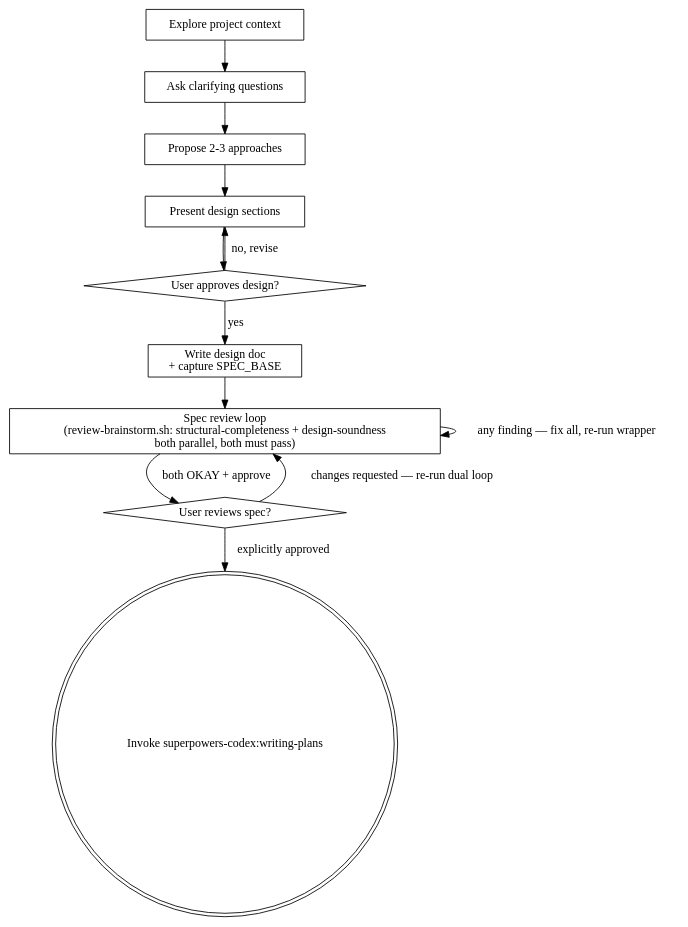
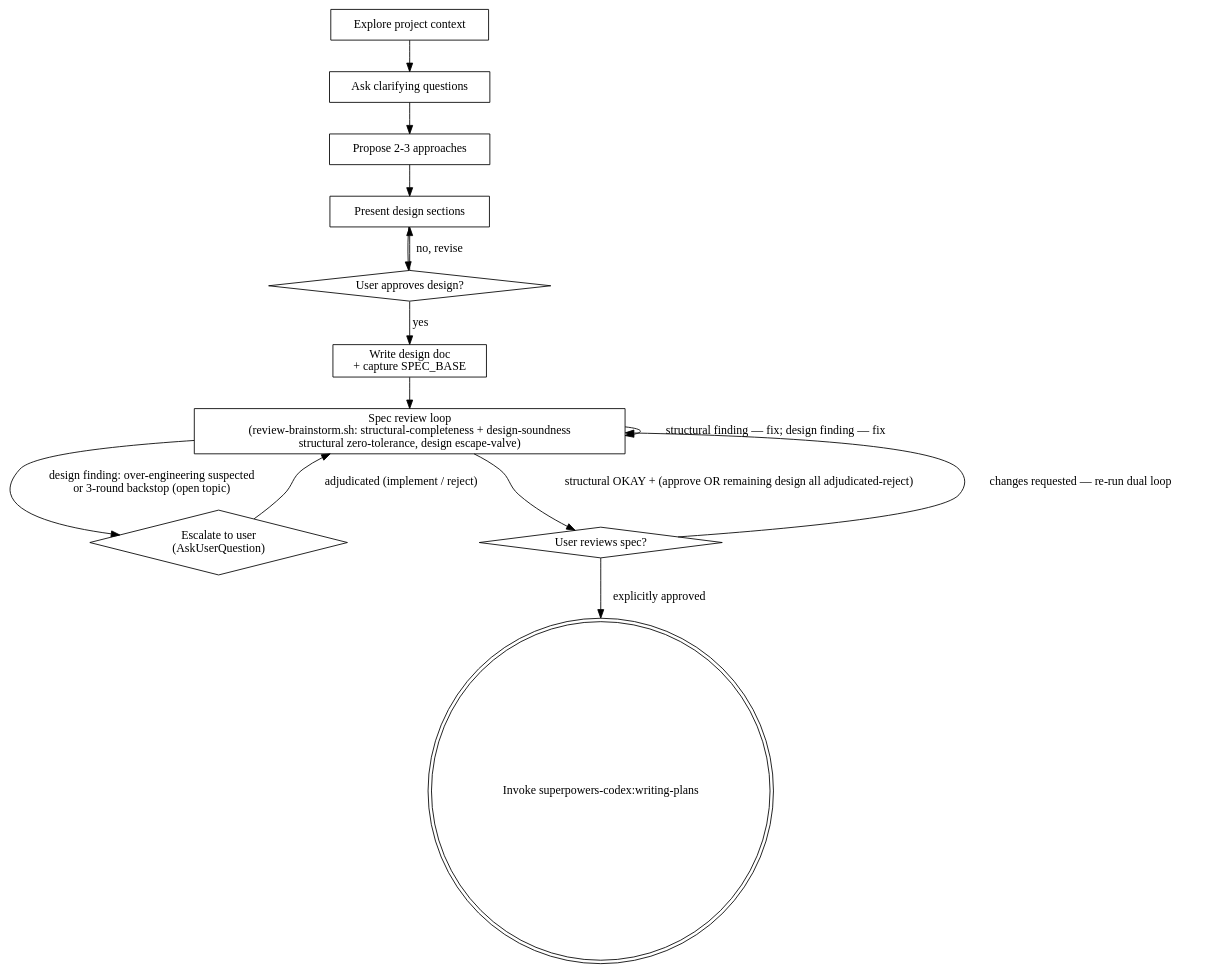
One commit to stu43005/superpowers-codex changed the diagram in skills/brainstorming/SKILL.md. Above: the diagram before and after it, drawn with Graphviz. The commit also changed other lines of this file, not shown here.

Commit message:
feat: update brainstorming checklist, flow diagram, and exit wording for the escape valve

````diff
--- a/skills/brainstorming/SKILL.md
+++ b/skills/brainstorming/SKILL.md
@@ -35,25 +35,28 @@
 ```dot
 digraph brainstorming {
     "Explore project context" [shape=box];
     "Ask clarifying questions" [shape=box];
     "Propose 2-3 approaches" [shape=box];
     "Present design sections" [shape=box];
     "User approves design?" [shape=diamond];
     "Write design doc\n+ capture SPEC_BASE" [shape=box];
-    "Spec review loop\n(review-brainstorm.sh: structural-completeness + design-soundness\nboth parallel, both must pass)" [shape=box];
+    "Spec review loop\n(review-brainstorm.sh: structural-completeness + design-soundness\nstructural zero-tolerance, design escape-valve)" [shape=box];
+    "Escalate to user\n(AskUserQuestion)" [shape=diamond];
     "User reviews spec?" [shape=diamond];
     "Invoke superpowers-codex:writing-plans" [shape=doublecircle];
 
     "Explore project context" -> "Ask clarifying questions";
     "Ask clarifying questions" -> "Propose 2-3 approaches";
     "Propose 2-3 approaches" -> "Present design sections";
     "Present design sections" -> "User approves design?";
     "User approves design?" -> "Present design sections" [label="no, revise"];
     "User approves design?" -> "Write design doc\n+ capture SPEC_BASE" [label="yes"];
-    "Write design doc\n+ capture SPEC_BASE" -> "Spec review loop\n(review-brainstorm.sh: structural-completeness + design-soundness\nboth parallel, both must pass)";
-    "Spec review loop\n(review-brainstorm.sh: structural-completeness + design-soundness\nboth parallel, both must pass)" -> "Spec review loop\n(review-brainstorm.sh: structural-completeness + design-soundness\nboth parallel, both must pass)" [label="any finding — fix all, re-run wrapper"];
-    "Spec review loop\n(review-brainstorm.sh: structural-completeness + design-soundness\nboth parallel, both must pass)" -> "User reviews spec?" [label="both OKAY + approve"];
-    "User reviews spec?" -> "Spec review loop\n(review-brainstorm.sh: structural-completeness + design-soundness\nboth parallel, both must pass)" [label="changes requested — re-run dual loop"];
+    "Write design doc\n+ capture SPEC_BASE" -> "Spec review loop\n(review-brainstorm.sh: structural-completeness + design-soundness\nstructural zero-tolerance, design escape-valve)";
+    "Spec review loop\n(review-brainstorm.sh: structural-completeness + design-soundness\nstructural zero-tolerance, design escape-valve)" -> "Spec review loop\n(review-brainstorm.sh: structural-completeness + design-soundness\nstructural zero-tolerance, design escape-valve)" [label="structural finding — fix; design finding — fix"];
+    "Spec review loop\n(review-brainstorm.sh: structural-completeness + design-soundness\nstructural zero-tolerance, design escape-valve)" -> "Escalate to user\n(AskUserQuestion)" [label="design finding: over-engineering suspected\nor 3-round backstop (open topic)"];
+    "Escalate to user\n(AskUserQuestion)" -> "Spec review loop\n(review-brainstorm.sh: structural-completeness + design-soundness\nstructural zero-tolerance, design escape-valve)" [label="adjudicated (implement / reject)"];
+    "Spec review loop\n(review-brainstorm.sh: structural-completeness + design-soundness\nstructural zero-tolerance, design escape-valve)" -> "User reviews spec?" [label="structural OKAY + (approve OR remaining design all adjudicated-reject)"];
+    "User reviews spec?" -> "Spec review loop\n(review-brainstorm.sh: structural-completeness + design-soundness\nstructural zero-tolerance, design escape-valve)" [label="changes requested — re-run dual loop"];
     "User reviews spec?" -> "Invoke superpowers-codex:writing-plans" [label="explicitly approved"];
 }
 ```
````
